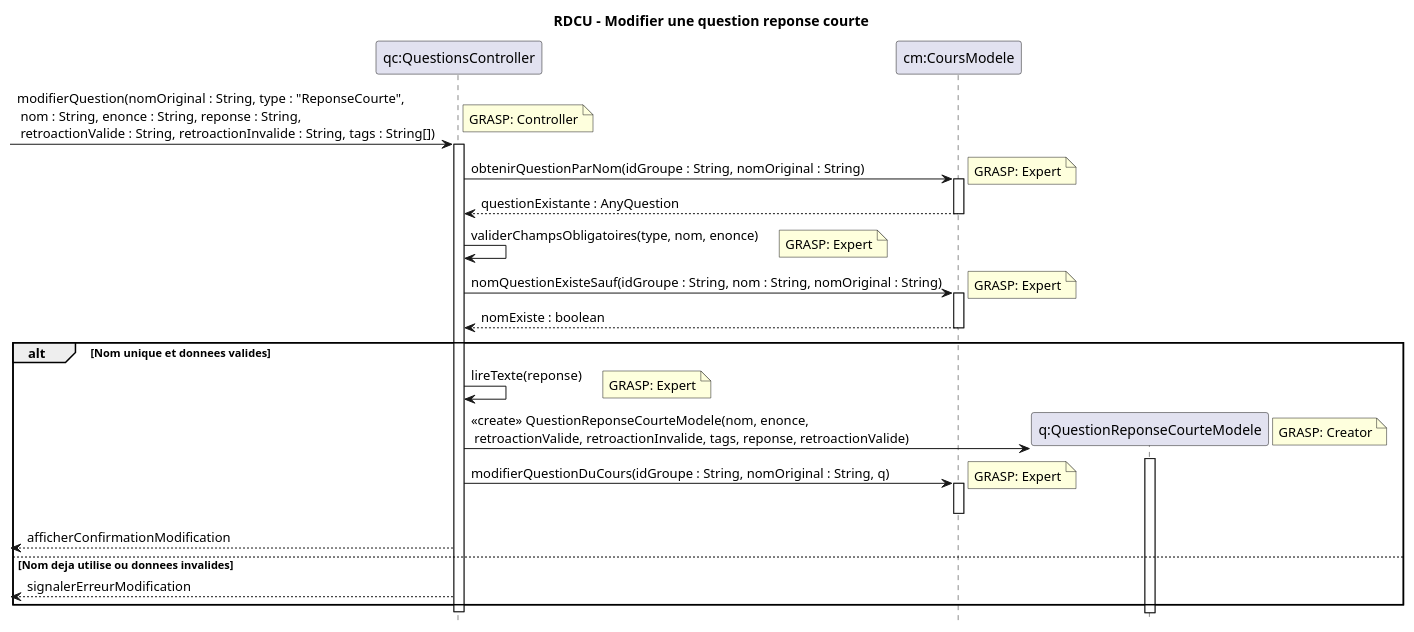
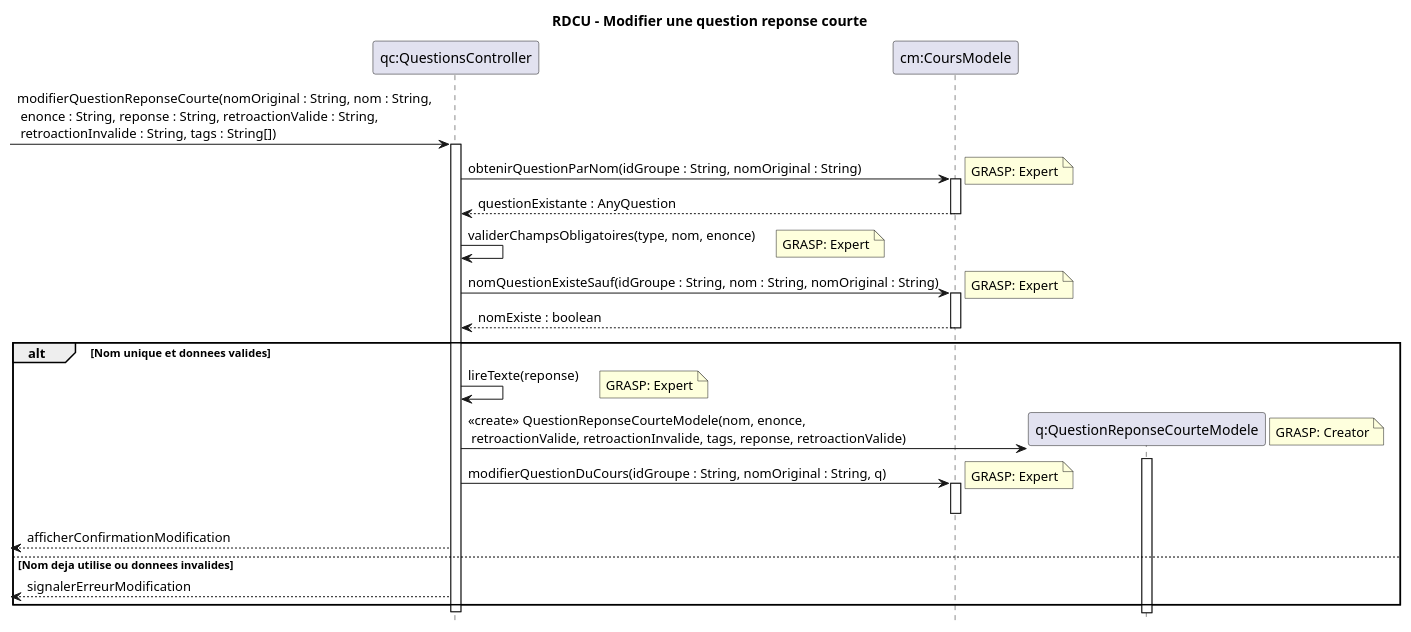
One commit to xMrYahya/moodle-clone changed the diagram in docs/modeles/cu02/rdcu-modifier-question-reponse-courte.puml. Above: the diagram before and after it, drawn with PlantUML. The commit also changed 9 other files, not shown here.

Commit message:
fix de diagrammes

```diff
--- a/docs/modeles/cu02/rdcu-modifier-question-reponse-courte.puml
+++ b/docs/modeles/cu02/rdcu-modifier-question-reponse-courte.puml
@@ -1,49 +1,48 @@
 @startuml
 hide footbox
 title RDCU - Modifier une question reponse courte
 
 participant "qc:QuestionsController" as QC
 participant "cm:CoursModele" as CM
 participant "q:QuestionReponseCourteModele" as Q
 
--> QC : modifierQuestion(nomOriginal : String, type : "ReponseCourte",\n nom : String, enonce : String, reponse : String,\n retroactionValide : String, retroactionInvalide : String, tags : String[])
-note right: GRASP: Controller
+-> QC :  modifierQuestionReponseCourte(nomOriginal : String, nom : String,\n enonce : String, reponse : String, retroactionValide : String,\n retroactionInvalide : String, tags : String[])
 activate QC
 
 QC -> CM : obtenirQuestionParNom(idGroupe : String, nomOriginal : String)
 note right: GRASP: Expert
 activate CM
 CM --> QC : questionExistante : AnyQuestion
 deactivate CM
 
 QC -> QC : validerChampsObligatoires(type, nom, enonce)
 note right: GRASP: Expert
 
 QC -> CM : nomQuestionExisteSauf(idGroupe : String, nom : String, nomOriginal : String)
 note right: GRASP: Expert
 activate CM
 CM --> QC : nomExiste : boolean
 deactivate CM
 
 alt Nom unique et donnees valides
   QC -> QC : lireTexte(reponse)
   note right: GRASP: Expert
 
   create Q
   QC -> Q : <<create>> QuestionReponseCourteModele(nom, enonce,\n retroactionValide, retroactionInvalide, tags, reponse, retroactionValide)
   note right: GRASP: Creator
   activate Q
   deactivate Q
 
   QC -> CM : modifierQuestionDuCours(idGroupe : String, nomOriginal : String, q)
   note right: GRASP: Expert
   activate CM
   deactivate CM
 
   <-- QC : afficherConfirmationModification
 else Nom deja utilise ou donnees invalides
   <-- QC : signalerErreurModification
 end
 
 deactivate QC
 @enduml
```
